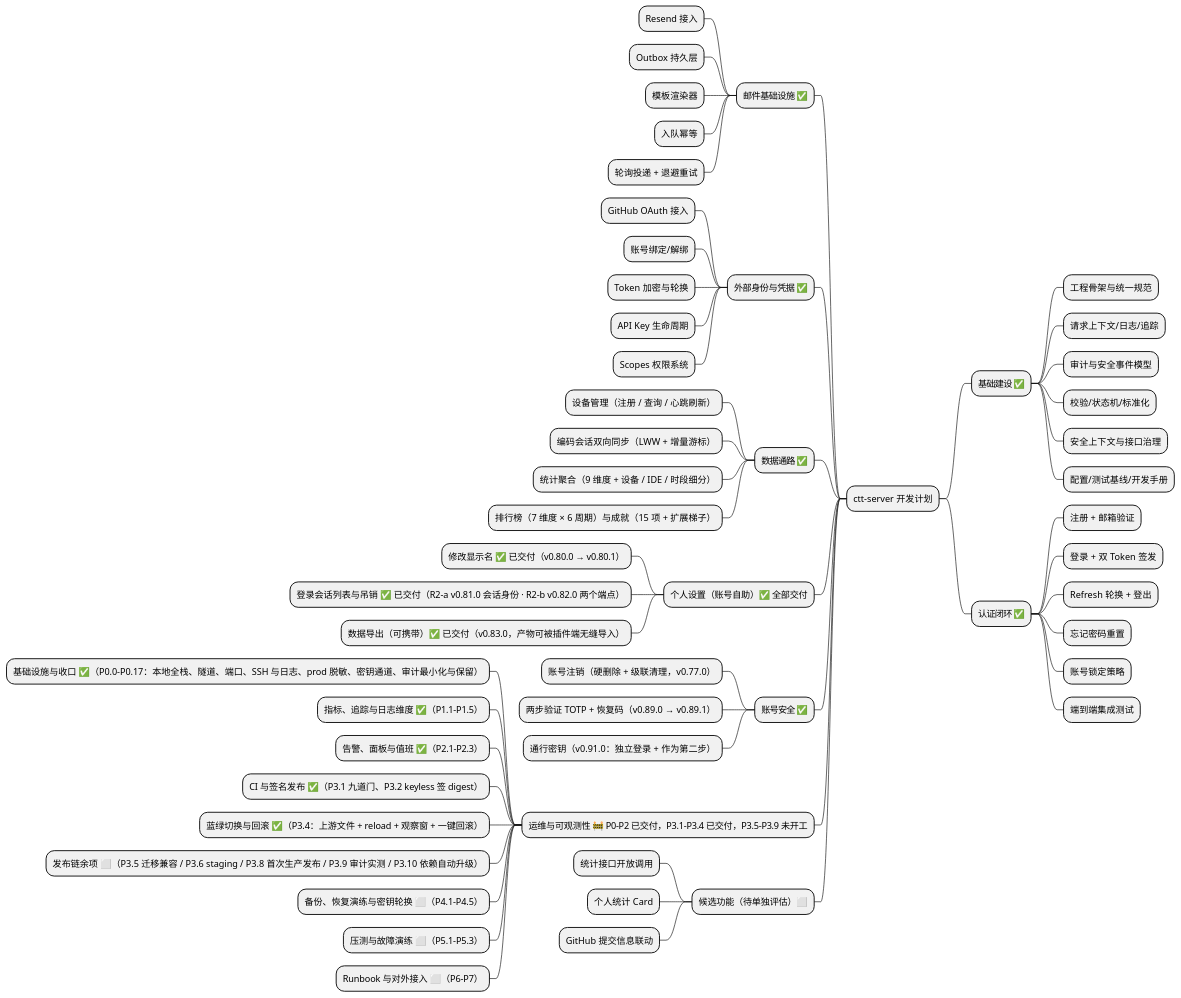
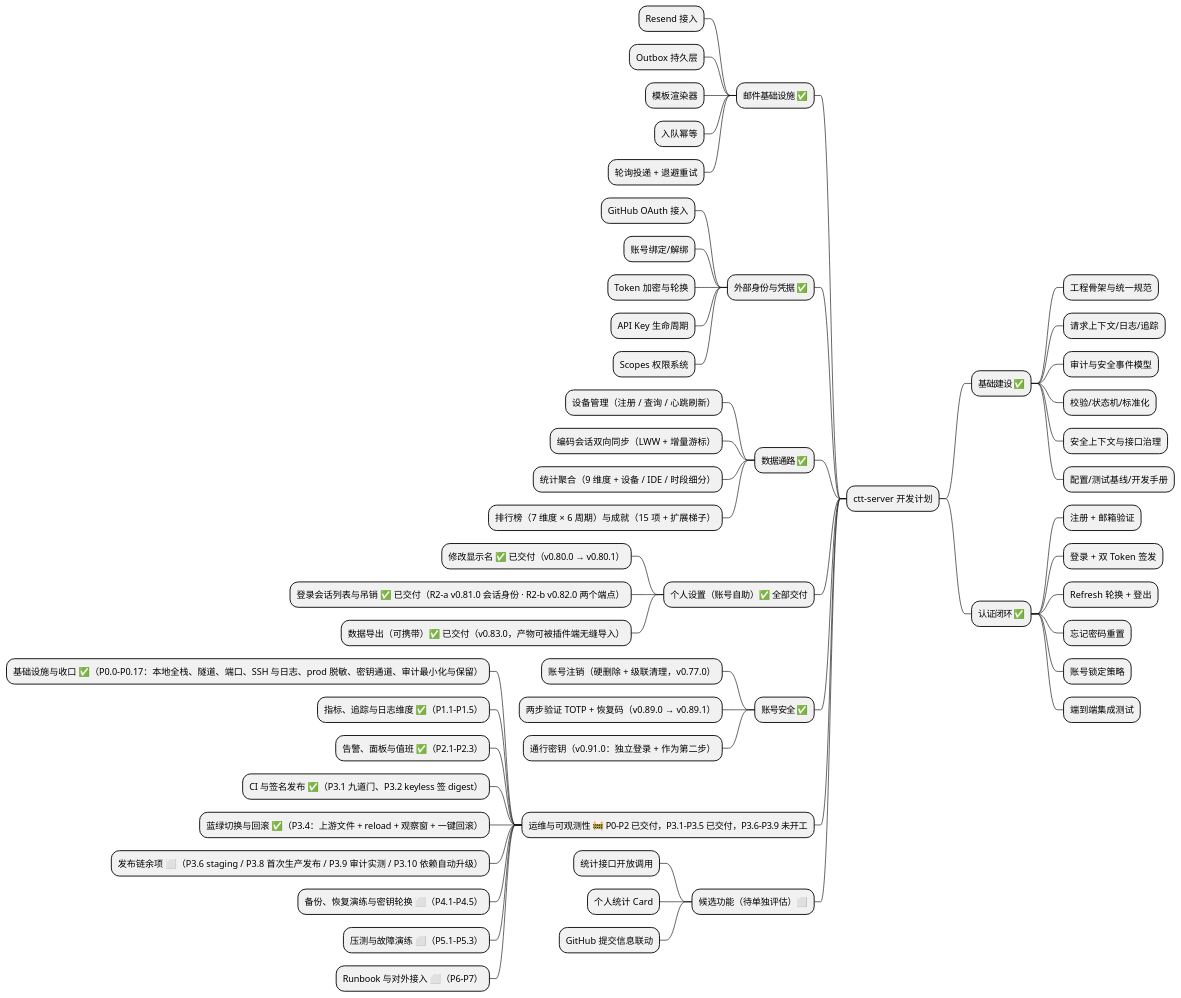
The first of 9 diagrams in .plans/ctt-server-development-plan.md (AhogeK/ctt-server), drawn with PlantUML before and after one commit. The commit also changed other lines of this file and 4 other files, not shown here.

````diff
--- a/.plans/ctt-server-development-plan.md
+++ b/.plans/ctt-server-development-plan.md
@@ -34,60 +34,60 @@
 ```plantuml
 @startmindmap
 * ctt-server 开发计划
 ** 基础建设 ✅
 *** 工程骨架与统一规范
 *** 请求上下文/日志/追踪
 *** 审计与安全事件模型
 *** 校验/状态机/标准化
 *** 安全上下文与接口治理
 *** 配置/测试基线/开发手册
 ** 认证闭环 ✅
 *** 注册 + 邮箱验证
 *** 登录 + 双 Token 签发
 *** Refresh 轮换 + 登出
 *** 忘记密码重置
 *** 账号锁定策略
 *** 端到端集成测试
 
 left side
 ** 邮件基础设施 ✅
 *** Resend 接入
 *** Outbox 持久层
 *** 模板渲染器
 *** 入队幂等
 *** 轮询投递 + 退避重试
 ** 外部身份与凭据 ✅
 *** GitHub OAuth 接入
 *** 账号绑定/解绑
 *** Token 加密与轮换
 *** API Key 生命周期
 *** Scopes 权限系统
 ** 数据通路 ✅
 *** 设备管理（注册 / 查询 / 心跳刷新）
 *** 编码会话双向同步（LWW + 增量游标）
 *** 统计聚合（9 维度 + 设备 / IDE / 时段细分）
 *** 排行榜（7 维度 × 6 周期）与成就（15 项 + 扩展梯子）
 ** 个人设置（账号自助）✅ 全部交付
 *** 修改显示名 ✅ 已交付（v0.80.0 → v0.80.1）
 *** 登录会话列表与吊销 ✅ 已交付（R2-a v0.81.0 会话身份 · R2-b v0.82.0 两个端点）
 *** 数据导出（可携带）✅ 已交付（v0.83.0，产物可被插件端无缝导入）
 ** 账号安全 ✅
 *** 账号注销（硬删除 + 级联清理，v0.77.0）
 *** 两步验证 TOTP + 恢复码（v0.89.0 → v0.89.1）
 *** 通行密钥（v0.91.0：独立登录 + 作为第二步）
-** 运维与可观测性 🚧 P0–P2 已交付，P3.1–P3.4 已交付，P3.5–P3.9 未开工
+** 运维与可观测性 🚧 P0–P2 已交付，P3.1–P3.5 已交付，P3.6–P3.9 未开工
 *** 基础设施与收口 ✅（P0.0–P0.17：本地全栈、隧道、端口、SSH 与日志、prod 脱敏、密钥通道、审计最小化与保留）
 *** 指标、追踪与日志维度 ✅（P1.1–P1.5）
 *** 告警、面板与值班 ✅（P2.1–P2.3）
 *** CI 与签名发布 ✅（P3.1 九道门、P3.2 keyless 签 digest）
 *** 蓝绿切换与回滚 ✅（P3.4：上游文件 + reload + 观察窗 + 一键回滚）
-*** 发布链余项 ⬜（P3.5 迁移兼容 / P3.6 staging / P3.8 首次生产发布 / P3.9 审计实测 / P3.10 依赖自动升级）
+*** 发布链余项 ⬜（P3.6 staging / P3.8 首次生产发布 / P3.9 审计实测 / P3.10 依赖自动升级）
 *** 备份、恢复演练与密钥轮换 ⬜（P4.1–P4.5）
 *** 压测与故障演练 ⬜（P5.1–P5.3）
 *** Runbook 与对外接入 ⬜（P6–P7）
 ** 候选功能（待单独评估）⬜
 *** 统计接口开放调用
 *** 个人统计 Card
 *** GitHub 提交信息联动
 @endmindmap
 ```
````
